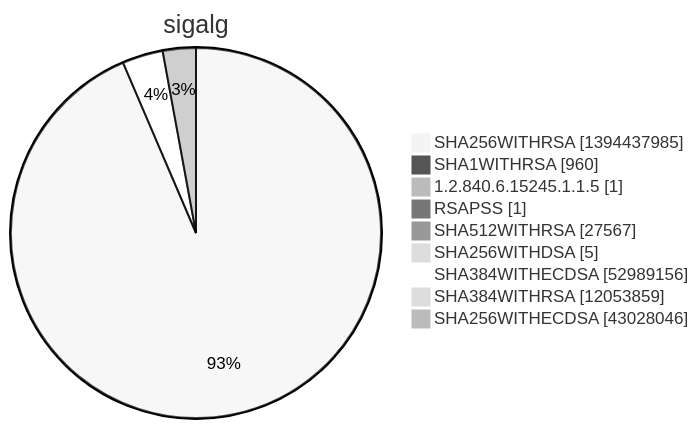
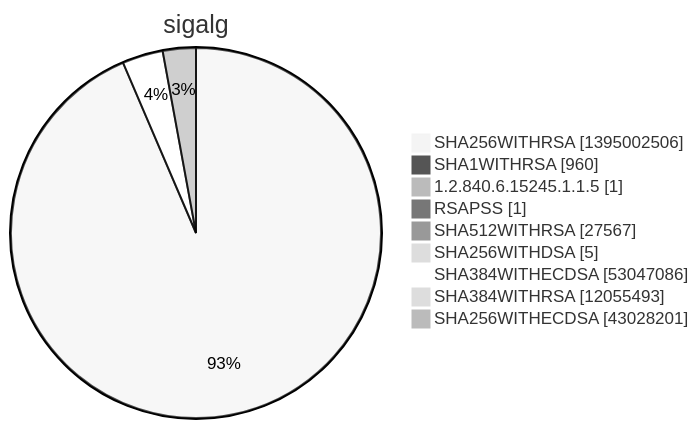
One commit to christiankrug/ctmonitor_visualization changed diagram 15 of 15 in argon2022/README.md. Above: the diagram before and after it, drawn with Mermaid (neutral theme). The commit also changed other lines of this file, not shown here.

````diff
--- a/argon2022/README.md
+++ b/argon2022/README.md
@@ -5524,13 +5524,13 @@
 ```mermaid
 pie showData
 title sigalg
-"SHA256WITHRSA" :1394437985
+"SHA256WITHRSA" :1395002506
 "SHA1WITHRSA" :960
 "1.2.840.6.15245.1.1.5" :1
 "RSAPSS" :1
 "SHA512WITHRSA" :27567
 "SHA256WITHDSA" :5
-"SHA384WITHECDSA" :52989156
-"SHA384WITHRSA" :12053859
-"SHA256WITHECDSA" :43028046
+"SHA384WITHECDSA" :53047086
+"SHA384WITHRSA" :12055493
+"SHA256WITHECDSA" :43028201
 ```
````
